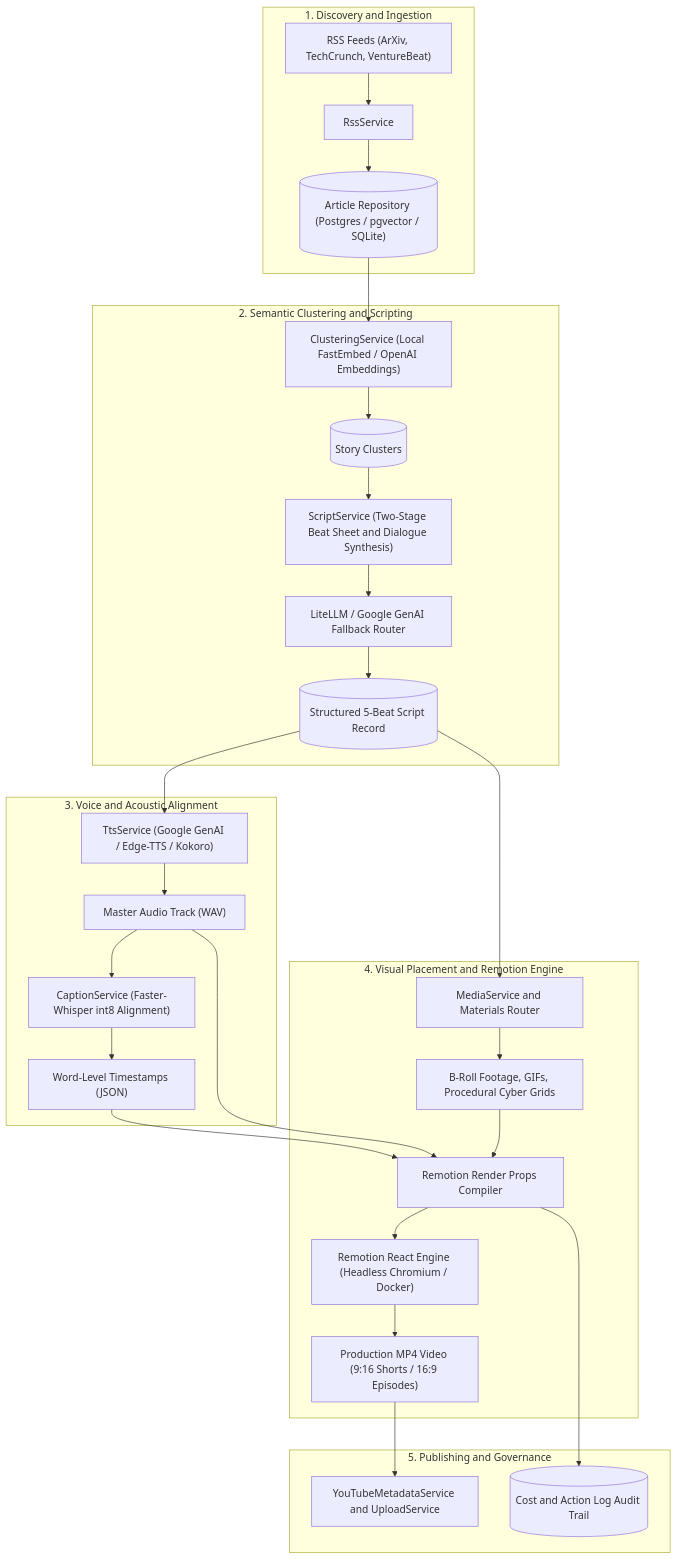
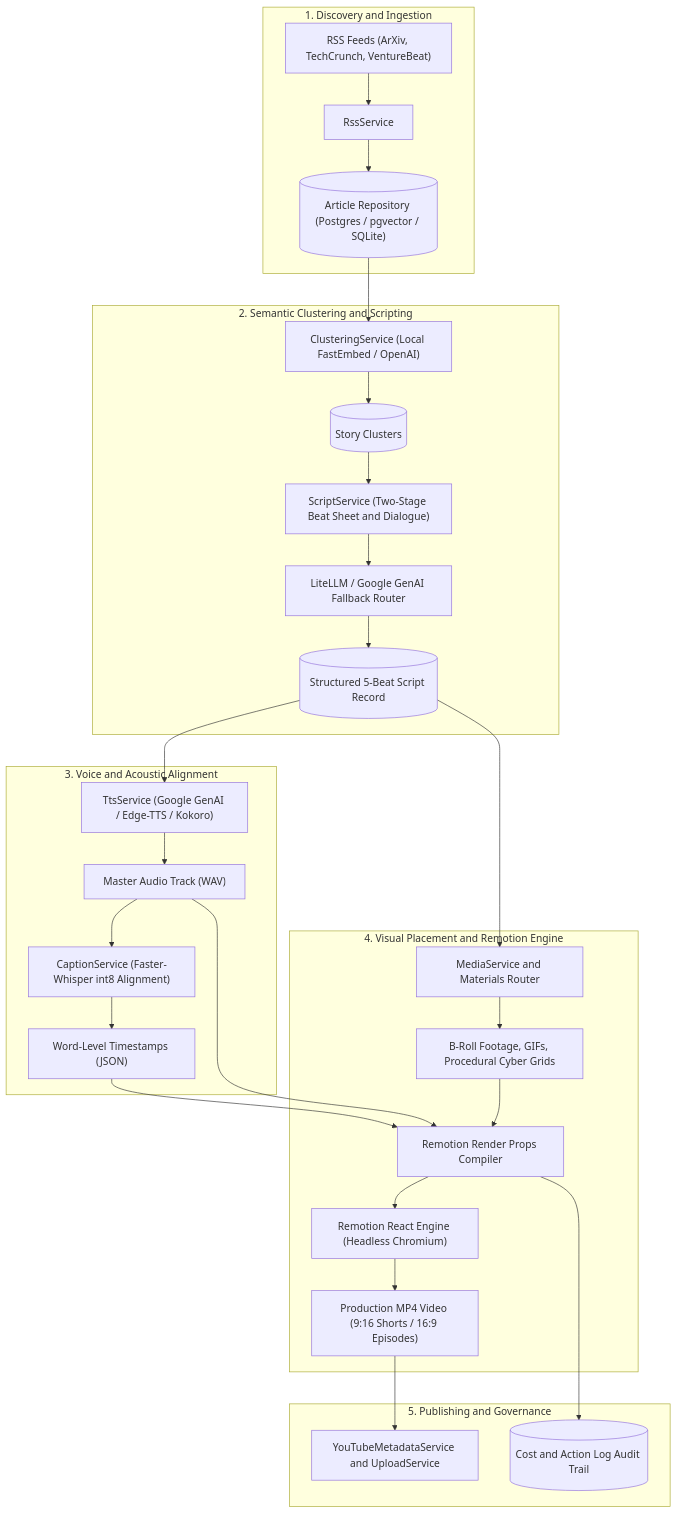
The diagram in README.md (BUZEL-112/silver-tribble), drawn with Mermaid before and after one commit. The commit also changed other lines of this file and 8 other files, not shown here.

````diff
--- a/README.md
+++ b/README.md
@@ -41,37 +63,37 @@
 ```mermaid
 flowchart TD
     subgraph Ingestion ["1. Discovery and Ingestion"]
         RSS["RSS Feeds (ArXiv, TechCrunch, VentureBeat)"] --> RssSvc["RssService"]
         RssSvc --> ArtRepo[("Article Repository (Postgres / pgvector / SQLite)")]
     end
 
     subgraph Intelligence ["2. Semantic Clustering and Scripting"]
-        ArtRepo --> ClusterSvc["ClusteringService (Local FastEmbed / OpenAI Embeddings)"]
+        ArtRepo --> ClusterSvc["ClusteringService (Local FastEmbed / OpenAI)"]
         ClusterSvc --> StoryClusters[("Story Clusters")]
-        StoryClusters --> ScriptSvc["ScriptService (Two-Stage Beat Sheet and Dialogue Synthesis)"]
+        StoryClusters --> ScriptSvc["ScriptService (Two-Stage Beat Sheet and Dialogue)"]
         ScriptSvc --> FallbackRouter["LiteLLM / Google GenAI Fallback Router"]
         FallbackRouter --> ScriptRecord[("Structured 5-Beat Script Record")]
     end
 
     subgraph AudioSpeech ["3. Voice and Acoustic Alignment"]
         ScriptRecord --> TtsSvc["TtsService (Google GenAI / Edge-TTS / Kokoro)"]
         TtsSvc --> NarrationAudio["Master Audio Track (WAV)"]
         NarrationAudio --> CaptionSvc["CaptionService (Faster-Whisper int8 Alignment)"]
         CaptionSvc --> WordTimestamps["Word-Level Timestamps (JSON)"]
     end
 
     subgraph VisualsRender ["4. Visual Placement and Remotion Engine"]
         ScriptRecord --> MediaSvc["MediaService and Materials Router"]
         MediaSvc --> VisualAssets["B-Roll Footage, GIFs, Procedural Cyber Grids"]
         WordTimestamps --> RenderProps["Remotion Render Props Compiler"]
         VisualAssets --> RenderProps
         NarrationAudio --> RenderProps
-        RenderProps --> RemotionEngine["Remotion React Engine (Headless Chromium / Docker)"]
+        RenderProps --> RemotionEngine["Remotion React Engine (Headless Chromium)"]
         RemotionEngine --> FinalMP4["Production MP4 Video (9:16 Shorts / 16:9 Episodes)"]
     end
 
     subgraph PublishingAudit ["5. Publishing and Governance"]
         FinalMP4 --> YouTubeSvc["YouTubeMetadataService and UploadService"]
         RenderProps --> CostAudit[("Cost and Action Log Audit Trail")]
     end
 ```
````
